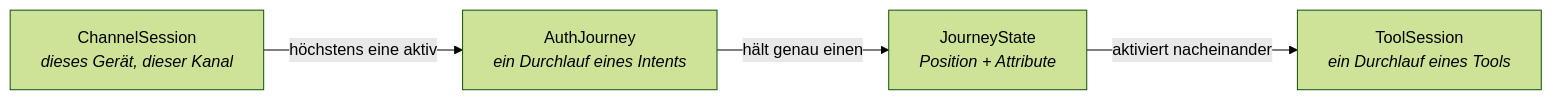
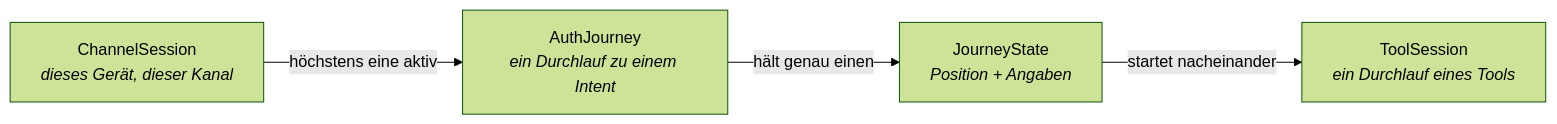
The third of 3 diagrams in docs/04-orchestrierung.md (rpreissel/DPoP-demo), drawn with Mermaid (forest theme) before and after one commit. The commit also changed other lines of this file and 67 other files, not shown here.

````diff
--- a/docs/04-orchestrierung.md
+++ b/docs/04-orchestrierung.md
@@ -200,11 +206,11 @@
 ```mermaid
 flowchart LR
   CS["ChannelSession<br/><i>dieses Gerät, dieser Kanal</i>"]
-  AJ["AuthJourney<br/><i>ein Durchlauf eines Intents</i>"]
-  JS["JourneyState<br/><i>Position + Attribute</i>"]
+  AJ["AuthJourney<br/><i>ein Durchlauf zu einem Intent</i>"]
+  JS["JourneyState<br/><i>Position + Angaben</i>"]
   TS["ToolSession<br/><i>ein Durchlauf eines Tools</i>"]
 
   CS -->|"höchstens eine aktiv"| AJ
   AJ -->|"hält genau einen"| JS
-  JS -->|"aktiviert nacheinander"| TS
+  JS -->|"startet nacheinander"| TS
 ```
````
